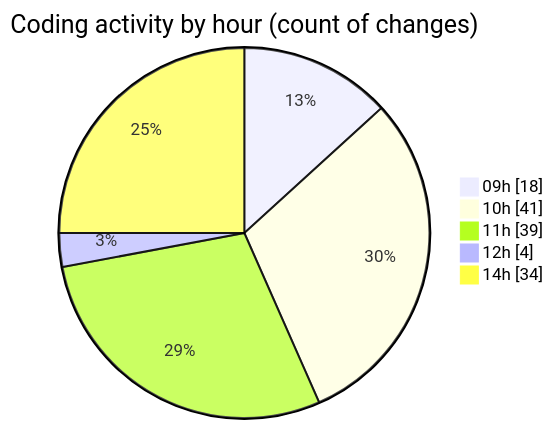
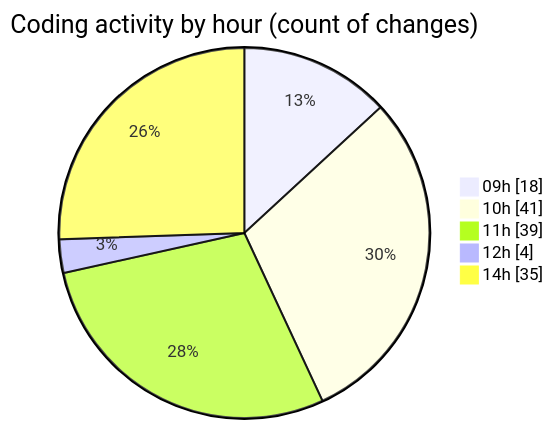
The second of 2 diagrams in 2025-02-11/cda/README.md (momahboobian/code-tracking), drawn with Mermaid before and after one commit. The commit also changed other lines of this file and 1 other file, not shown here.

````diff
--- a/2025-02-11/cda/README.md
+++ b/2025-02-11/cda/README.md
@@ -32,9 +32,9 @@
 ```mermaid
 pie showData
 title Coding activity by hour (count of changes)
 "09h" : 18
 "10h" : 41
 "11h" : 39
 "12h" : 4
-"14h" : 34
+"14h" : 35
 ```
````
